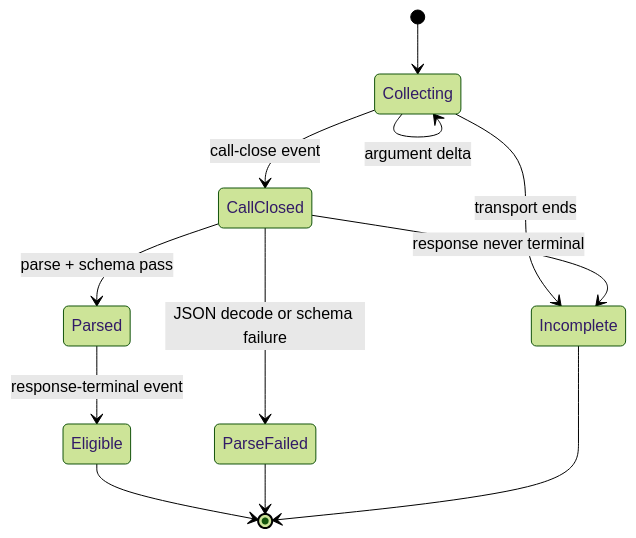
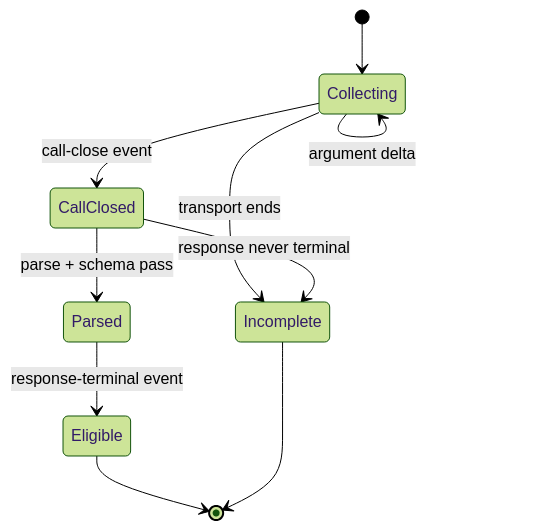
One commit to omkarsarde/agentic-engineering-at-scale changed the fourth of 4 diagrams in chapters/12-api-surface.qmd. Above: the diagram before and after it, drawn with Mermaid (forest theme). The commit also changed other lines of this file and 22 other files, not shown here.

````diff
--- a/chapters/12-api-surface.qmd
+++ b/chapters/12-api-surface.qmd
@@ -434,16 +1103,15 @@
 ```{mermaid}
+%%| echo: false
 %%| label: fig-ch12-stream-state
-%%| fig-cap: "When may a streamed tool proposal become eligible for application policy?"
+%%| fig-cap: "When may a streamed tool proposal become eligible for application policy? Only after both the call-close event and the response-terminal event; every other exit fails closed."
 stateDiagram-v2
     [*] --> Collecting
     Collecting --> Collecting: argument delta
     Collecting --> CallClosed: call-close event
-    CallClosed --> ParseFailed: JSON decode or schema failure
     CallClosed --> Parsed: parse + schema pass
     Parsed --> Eligible: response-terminal event
     Collecting --> Incomplete: transport ends
     CallClosed --> Incomplete: response never terminal
     Eligible --> [*]
-    ParseFailed --> [*]
     Incomplete --> [*]
 ```
````
